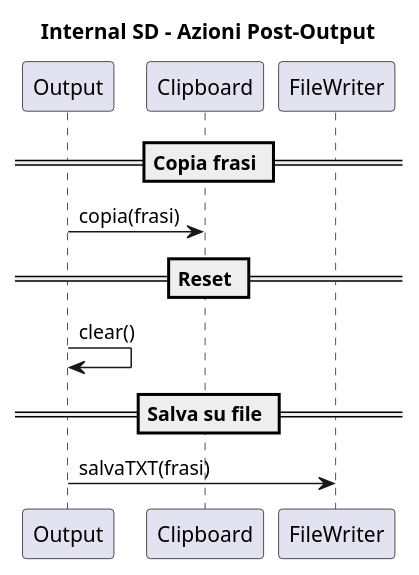
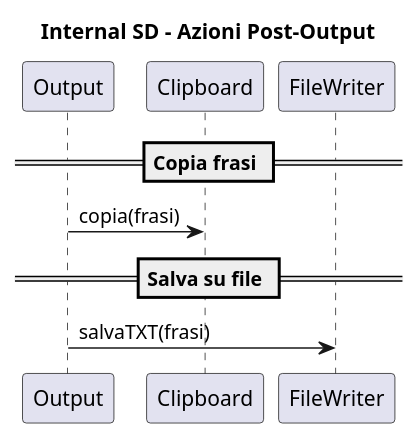
One commit to TognonGiac/nonsensegenerator changed the fifth of 5 diagrams in docs/resources/Sequence_Diagrams.md. Above: the diagram before and after it, drawn with PlantUML.

````diff
--- a/docs/resources/Sequence_Diagrams.md
+++ b/docs/resources/Sequence_Diagrams.md
@@ -116,18 +116,15 @@
 ```plantuml
 @startuml
 title Internal SD – Azioni Post-Output
 
 participant Output
 participant Clipboard
 participant FileWriter
 
 == Copia frasi ==
 Output -> Clipboard : copia(frasi)
 
-== Reset ==
-Output -> Output : clear()
-
 == Salva su file ==
 Output -> FileWriter : salvaTXT(frasi)
 @enduml
 ```
````
